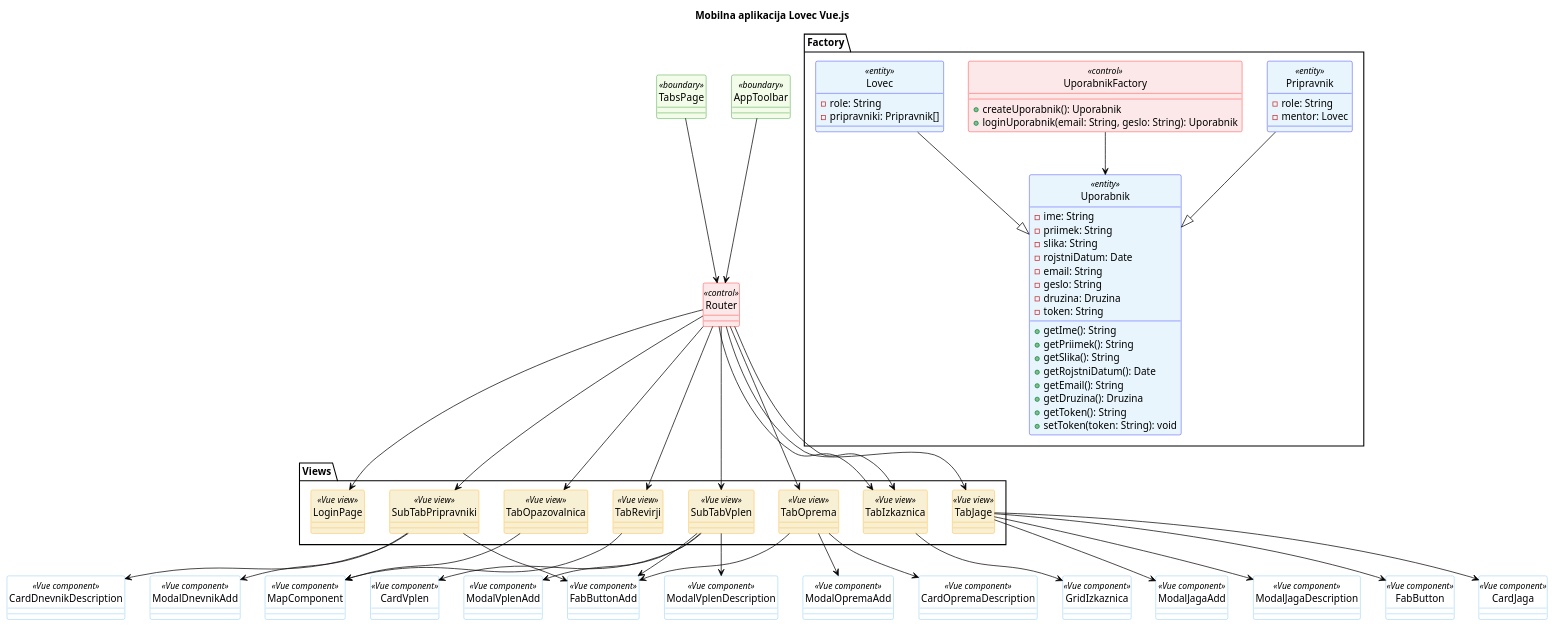
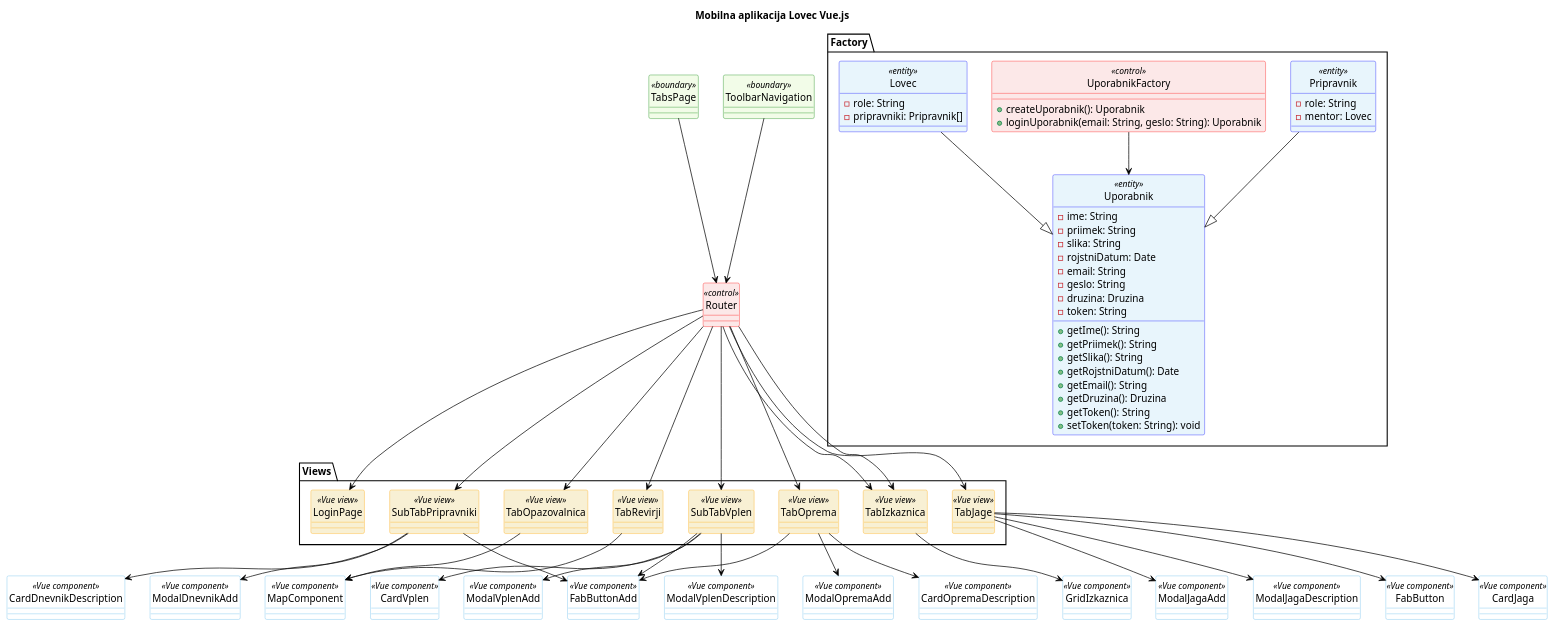
Before and after one commit to janmerhar/lovec: the diagram in docs/uml/front-end.wsd, drawn with PlantUML. The commit also changed 2 other files, not shown here.

Commit message:
Rename AppToolbar.vue to ToolbarNavigation.vue #2

```diff
--- a/docs/uml/front-end.wsd
+++ b/docs/uml/front-end.wsd
@@ -1,192 +1,192 @@
 @startuml Mobilna aplikacija Lovec Vue.js
 
 title Mobilna aplikacija Lovec Vue.js
 
 skinparam class {
   backgroundColor white
   borderColor #5FB8EC
   arrowColor black
 }
 skinparam class<<entity>> {
   backgroundColor #e8f5fc
   borderColor Blue
 }
 skinparam class<<control>> {
   backgroundColor #fce8e8
   borderColor Red
 }
 skinparam class<<boundary>> {
   backgroundColor #f2fce8
   borderColor Green
 }
 skinparam class<<External API>>{
   backgroundColor #f8f0d4
   borderColor Orange
 }
 skinparam class<<Vue view>>{
   backgroundColor #f8f0d4
   borderColor Orange
 }
 
 ' skinparam shadowing false
 skinparam style strictuml
 skinparam defaultTextAlignment center
 ' skinparam packageStyle rectangle
 skinparam groupInheritance 5
 hide circle
 ' hide members
 
 '---------Razredi---------------------------
 class TabsPage<<boundary>>
-class AppToolbar<<boundary>>
+class ToolbarNavigation<<boundary>>
 
 class Router<<control>>{
 }
 
 TabsPage --> Router
-AppToolbar --> Router
+ToolbarNavigation --> Router
 
 package Views{
   Class SubTabPripravniki<<Vue view>>{
   }
 
   Class TabRevirji<<Vue view>>{
   }
 
   Class TabOpazovalnica<<Vue view>>{
   }
 
   Class SubTabVplen<<Vue view>>{
   }
 
   Class TabOprema<<Vue view>>{
   }
 
   Class TabIzkaznica<<Vue view>>{
   }
 
   Class TabJage<<Vue view>>{
   }
 
   Class TabIzkaznica<<Vue view>>{
   }
 
   Class LoginPage<<Vue view>>{
   }
 }
 
 Router --> SubTabPripravniki
 Router --> TabRevirji
 Router --> TabOpazovalnica
 Router --> SubTabVplen
 Router --> TabOprema
 Router --> TabIzkaznica
 Router --> TabJage
 Router --> TabIzkaznica
 Router --> LoginPage
 
 Class FabButton<<Vue component>>{
 }
 Class CardJaga<<Vue component>>{
 }
 Class ModalJagaAdd<<Vue component>>{
 }
 Class ModalJagaDescription<<Vue component>>{
 }
 
 TabJage --> FabButton
 TabJage --> CardJaga
 TabJage --> ModalJagaAdd
 TabJage --> ModalJagaDescription
 
 Class GridIzkaznica<<Vue component>>{
 }
 
 TabIzkaznica --> GridIzkaznica
 
 Class FabButtonAdd<<Vue component>>{
 }
 Class ModalOpremaAdd<<Vue component>>{
 }
 Class CardOpremaDescription<<Vue component>>{
 }
 
 TabOprema --> FabButtonAdd
 TabOprema --> ModalOpremaAdd
 TabOprema --> CardOpremaDescription
 
 ' Class FabButtonAdd<<Vue component>>{
 ' }
 Class CardVplen<<Vue component>>{
 }
 Class ModalVplenAdd<<Vue component>>{
 }
 Class ModalVplenDescription<<Vue component>>{
 }
 
 SubTabVplen --> FabButtonAdd
 SubTabVplen --> CardVplen
 SubTabVplen --> ModalVplenAdd
 SubTabVplen --> ModalVplenDescription
 
 Class MapComponent<<Vue component>>{
 }
 
 TabOpazovalnica --> MapComponent
 
 TabRevirji --> MapComponent
 
 ' Class FabButtonAdd<<Vue component>>{
 ' }
 Class ModalDnevnikAdd<<Vue component>>{
 }
 Class CardDnevnikDescription<<Vue component>>{
 }
 
 SubTabPripravniki --> FabButtonAdd
 SubTabPripravniki --> ModalDnevnikAdd
 SubTabPripravniki --> CardDnevnikDescription
 
 package Factory{
   Class Uporabnik<<entity>> {
     -ime: String
     -priimek: String
     -slika: String
     -rojstniDatum: Date
     -email: String
     -geslo: String
     -druzina: Druzina
     -token: String
 ' 
     +getIme(): String
     +getPriimek(): String
     +getSlika(): String
     +getRojstniDatum(): Date
     +getEmail(): String
     +getDruzina(): Druzina
 ' 
     +getToken(): String
     +setToken(token: String): void
   }
 
   Class UporabnikFactory<<control>>{
     +createUporabnik(): Uporabnik
     +loginUporabnik(email: String, geslo: String): Uporabnik
   }
 
   Class Lovec<<entity>>{
     -role: String
     -pripravniki: Pripravnik[]
   }
 
   Class Pripravnik<<entity>> {
     -role: String
     -mentor: Lovec
   }
 }
 
 Lovec --|> Uporabnik
 Pripravnik --|> Uporabnik
 UporabnikFactory --> Uporabnik
 
 @enduml
```
